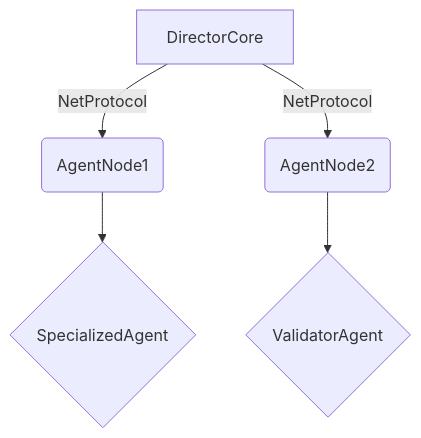
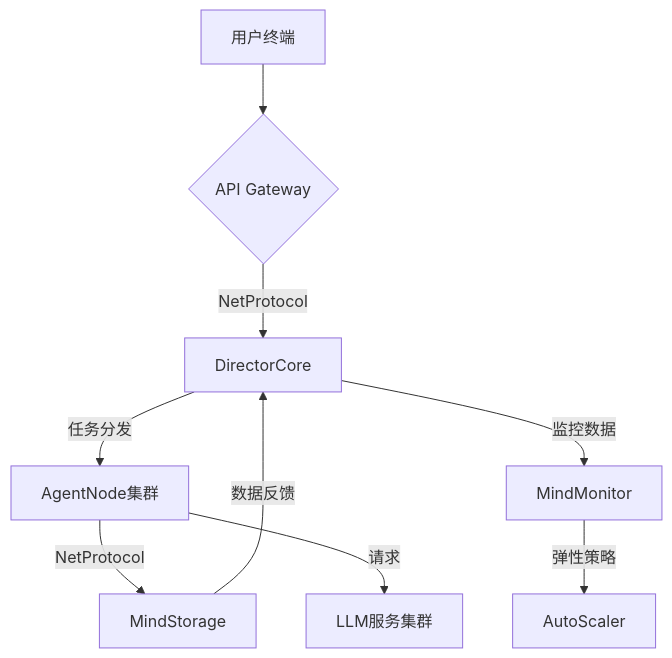
The diagram in README.md (leezhuuuuu/MindHub), drawn with Mermaid before and after one commit. The commit also changed other lines of this file, not shown here.

````diff
--- a/README.md
+++ b/README.md
@@ -25,7 +31,11 @@
 ```mermaid
 graph TD
-    A[DirectorCore] -->|NetProtocol| B(AgentNode1)
-    A -->|NetProtocol| C(AgentNode2)
-    B --> D{SpecializedAgent}
-    C --> E{ValidatorAgent}
+    A[用户终端] --> B{API Gateway}
+    B -->|NetProtocol| C[DirectorCore]
+    C -->|任务分发| D[AgentNode集群]
+    D -->|NetProtocol| E[MindStorage]
+    D -->|请求| F[LLM服务集群]
+    E -->|数据反馈| C
+    C -->|监控数据| G[MindMonitor]
+    G -->|弹性策略| H[AutoScaler]
 ```
````
